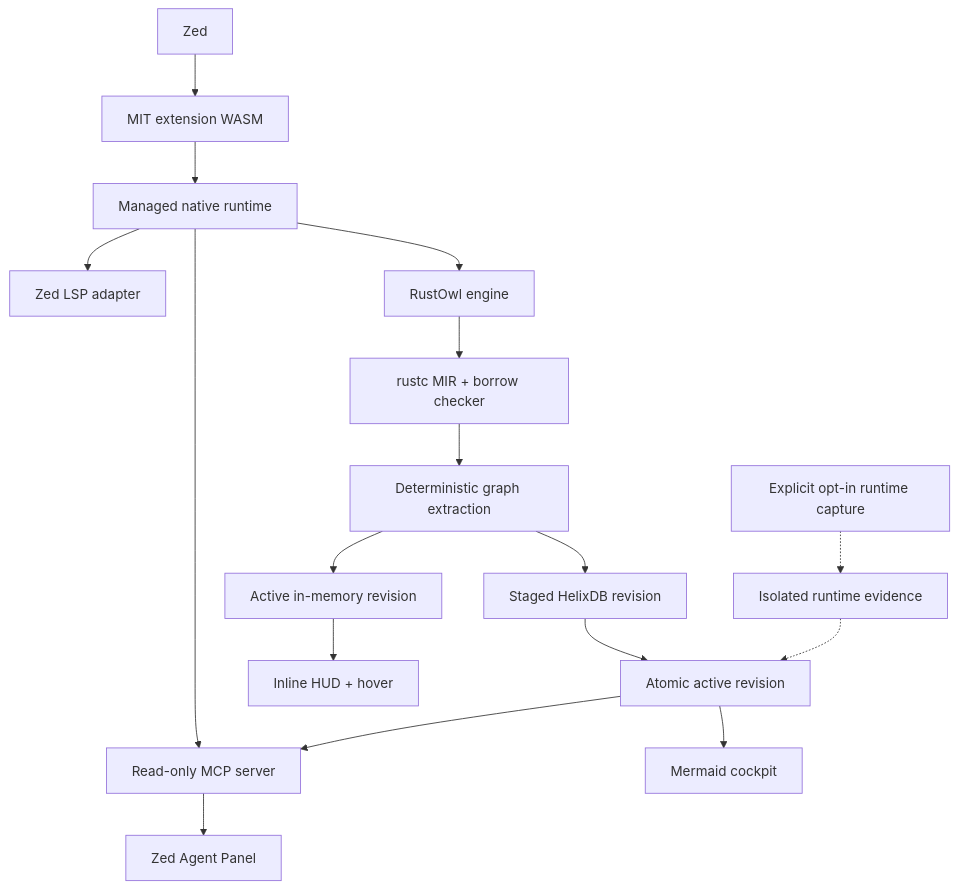
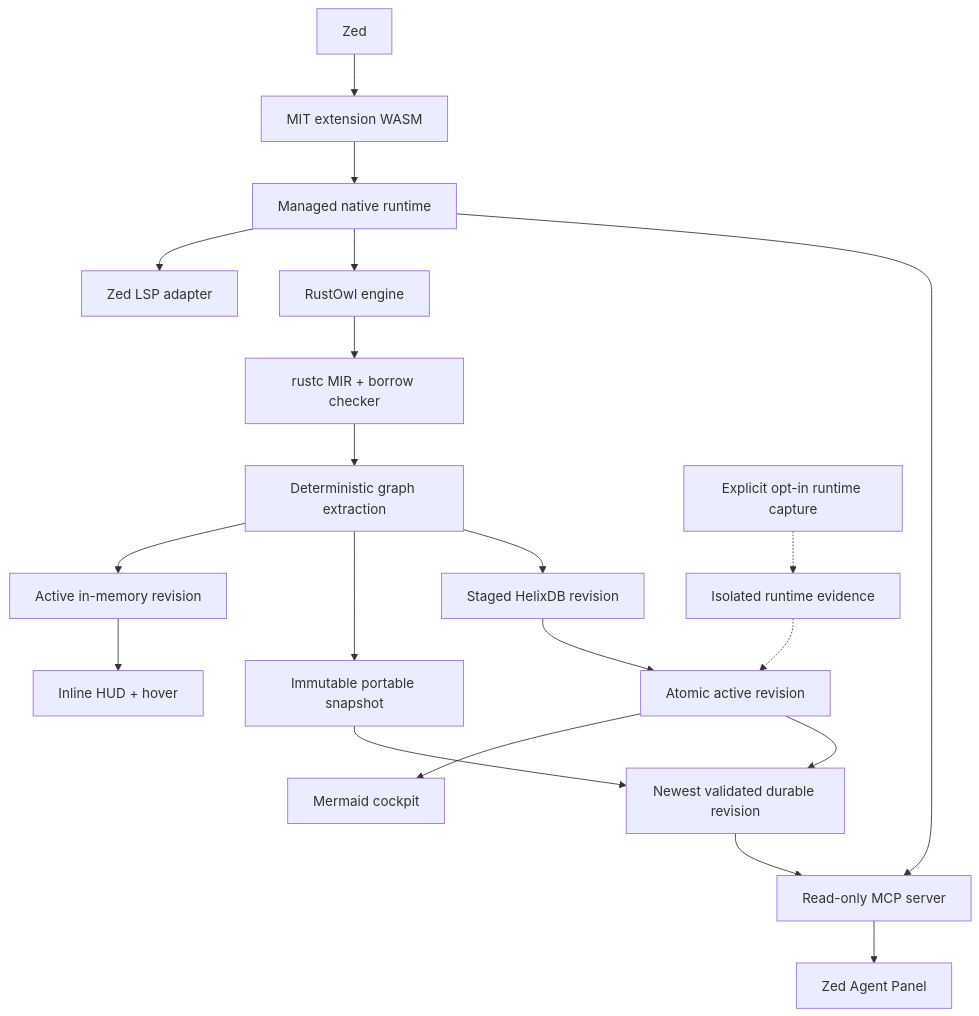
The second of 2 diagrams in README.md (rusty-auth/rustowl-zed), drawn with Mermaid before and after one commit. The commit also changed other lines of this file and 21 other files, not shown here.

````diff
--- a/README.md
+++ b/README.md
@@ -371,22 +373,25 @@
 ```mermaid
 flowchart TB
     ZED["Zed"] --> EXT["MIT extension WASM"]
     EXT --> RUNTIME["Managed native runtime"]
     RUNTIME --> ADAPTER["Zed LSP adapter"]
     RUNTIME --> ENGINE["RustOwl engine"]
     RUNTIME --> MCP["Read-only MCP server"]
 
     ENGINE --> RUSTC["rustc MIR + borrow checker"]
     RUSTC --> EXTRACT["Deterministic graph extraction"]
     EXTRACT --> MEMORY["Active in-memory revision"]
+    EXTRACT --> PORTABLE["Immutable portable snapshot"]
     EXTRACT --> HELIX["Staged HelixDB revision"]
     HELIX --> ACTIVE["Atomic active revision"]
 
     MEMORY --> INLINE["Inline HUD + hover"]
     ACTIVE --> COCKPIT["Mermaid cockpit"]
-    ACTIVE --> MCP
+    ACTIVE --> NEWEST["Newest validated durable revision"]
+    PORTABLE --> NEWEST
+    NEWEST --> MCP
     MCP --> AGENT["Zed Agent Panel"]
 
     CAPTURE["Explicit opt-in runtime capture"] -.-> EVIDENCE["Isolated runtime evidence"]
     EVIDENCE -.-> ACTIVE
 ```
````
